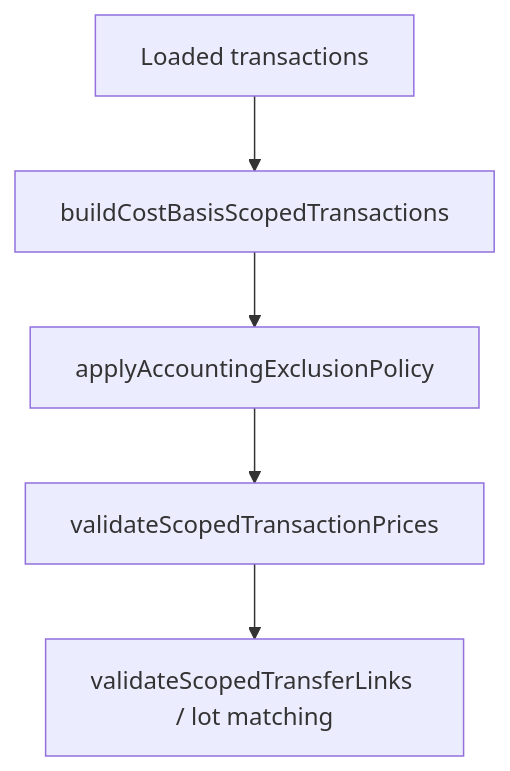
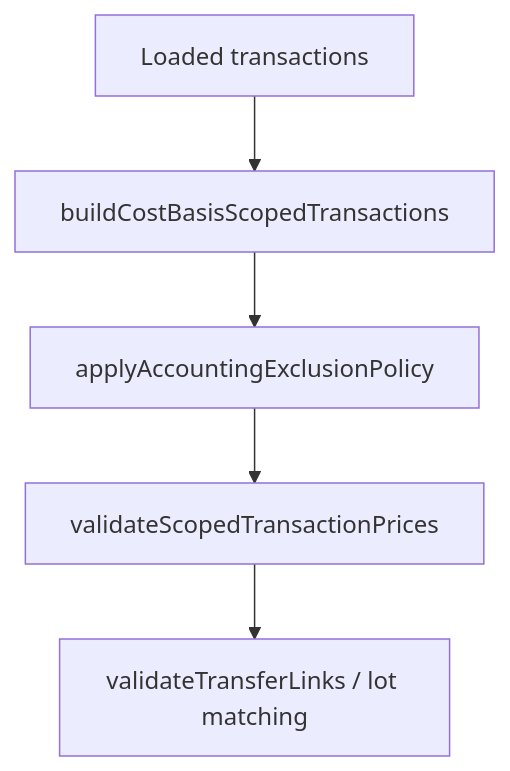
One commit to jbelanger/exitbook changed the second of 2 diagrams in docs/specs/accounting-exclusions.md. Above: the diagram before and after it, drawn with Mermaid. The commit also changed other lines of this file and 12 other files, not shown here.

Commit message:
Remove scoped transfer validation seam

````diff
--- a/docs/specs/accounting-exclusions.md
+++ b/docs/specs/accounting-exclusions.md
@@ -178,7 +178,7 @@
 ```mermaid
 graph TD
     A["Loaded transactions"] --> B["buildCostBasisScopedTransactions"]
     B --> C["applyAccountingExclusionPolicy"]
     C --> D["validateScopedTransactionPrices"]
-    D --> E["validateScopedTransferLinks / lot matching"]
+    D --> E["validateTransferLinks / lot matching"]
 ```
````
